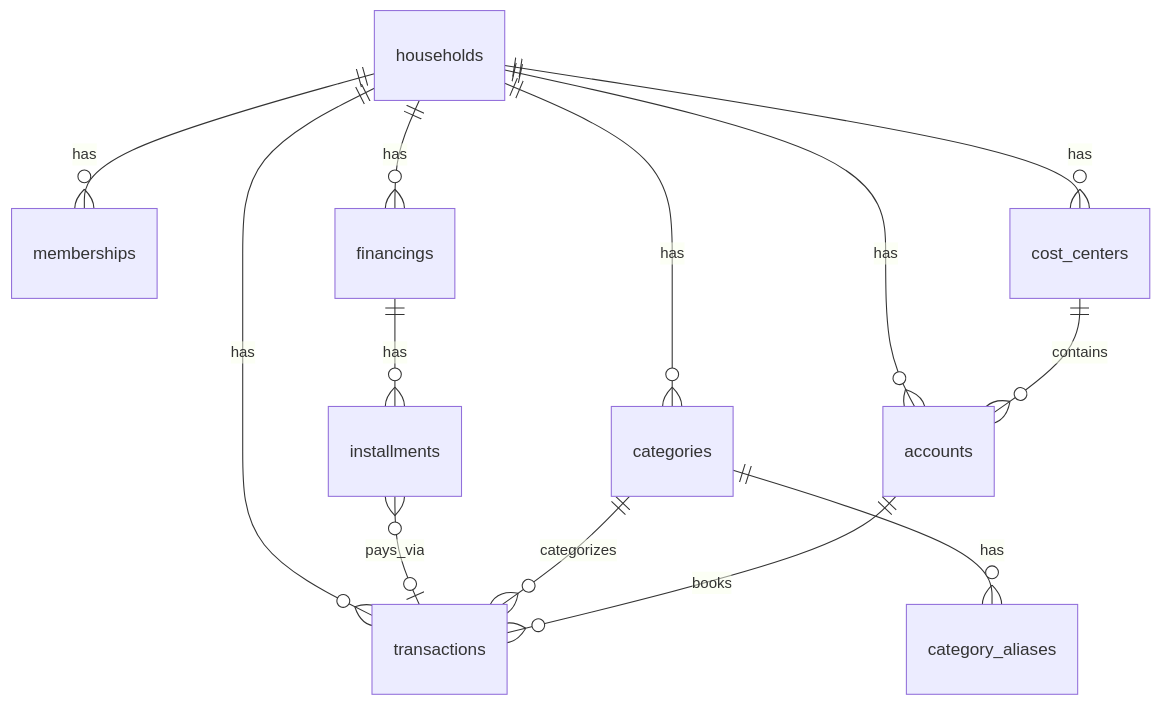
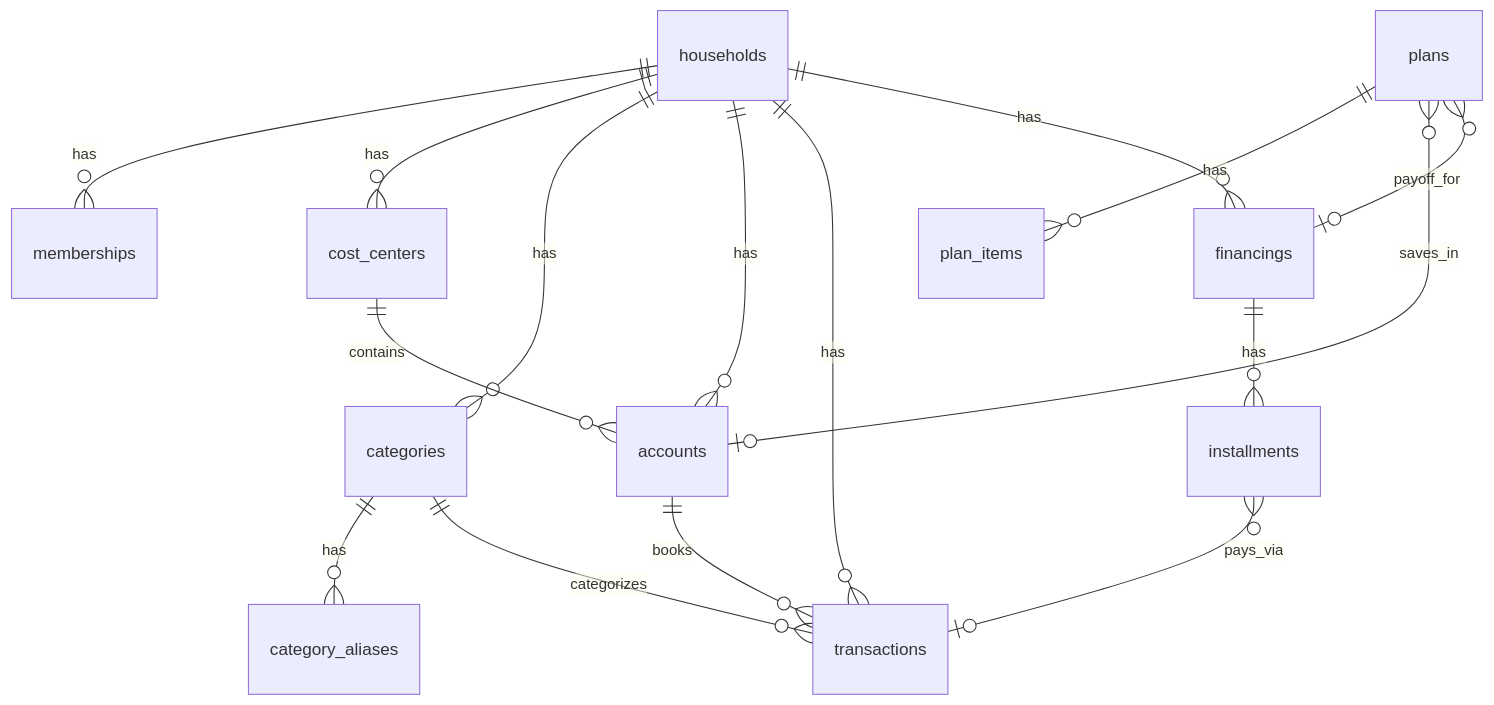
One commit to JonathasRodrigues/time-is-money changed the diagram in docs/architecture/data-model.md. Above: the diagram before and after it, drawn with Mermaid. The commit also changed other lines of this file and 30 other files, not shown here.

````diff
--- a/docs/architecture/data-model.md
+++ b/docs/architecture/data-model.md
@@ -83,15 +95,18 @@
 ```mermaid
 erDiagram
   households ||--o{ memberships : has
   households ||--o{ cost_centers : has
   households ||--o{ categories : has
   households ||--o{ accounts : has
   households ||--o{ transactions : has
   households ||--o{ financings : has
   cost_centers ||--o{ accounts : contains
   categories ||--o{ category_aliases : has
   financings ||--o{ installments : has
+  plans ||--o{ plan_items : has
+  plans }o--o| accounts : saves_in
+  plans }o--o| financings : payoff_for
   installments }o--o| transactions : pays_via
   categories ||--o{ transactions : categorizes
   accounts ||--o{ transactions : books
 ```
````
